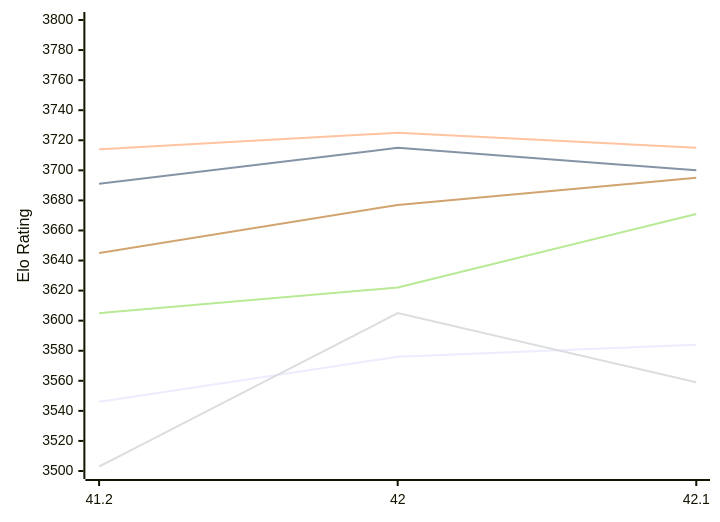
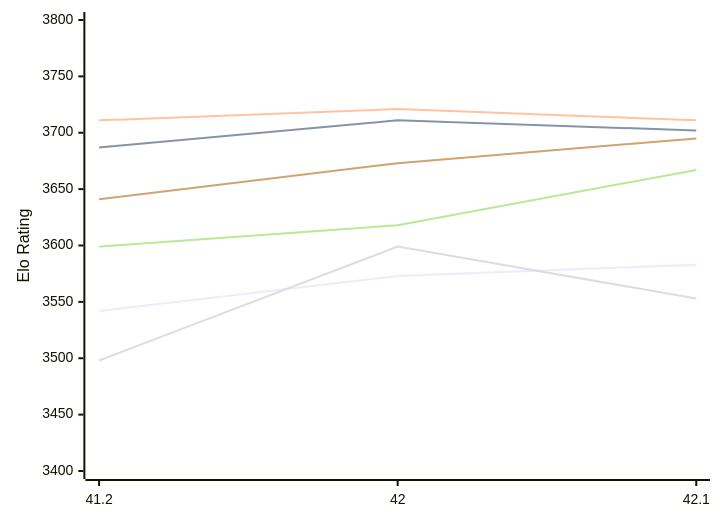
One commit to computer-chess-index/cci changed the first of 2 diagrams in engines/Shashchess.md. Above: the diagram before and after it, drawn with Mermaid. The commit also changed other lines of this file, not shown here.

Commit message:
Update CCI Ratings (ELO VLTC) - 2026-11-19

````diff
--- a/engines/Shashchess.md
+++ b/engines/Shashchess.md
@@ -52,12 +52,12 @@
 ```mermaid
 %%{init: {"theme":"base","themeVariables":{"seriesColors:['#a3a3a3','#222221','#faa371']}}}%%
 xychart-beta
   x-axis ["41.2", "42", "42.1"]
-  y-axis "Elo Rating" 3500 --> 3800
-  line "E1: STC (8.0+0.08s)" [3546, 3576, 3584]
-  line "E1: LTC (60.0+0.60s)" [3691, 3715, 3700]
-  line "E1: VLTC (2m24s+1.12s)" [3714, 3725, 3715]
-  line "P1: STC (8.0+0.08s)" [3503, 3605, 3559]
-  line "P1: LTC (60.0+0.60s)" [3605, 3622, 3671]
-  line "P1: VLTC (2m24s+1.12s)" [3645, 3677, 3695]
+  y-axis "Elo Rating" 3400 --> 3800
+  line "E1: STC (8.0+0.08s)" [3542, 3573, 3583]
+  line "E1: LTC (60.0+0.60s)" [3687, 3711, 3702]
+  line "E1: VLTC (2m24s+1.12s)" [3711, 3721, 3711]
+  line "P1: STC (8.0+0.08s)" [3498, 3599, 3553]
+  line "P1: LTC (60.0+0.60s)" [3599, 3618, 3667]
+  line "P1: VLTC (2m24s+1.12s)" [3641, 3673, 3695]
 ```
````
